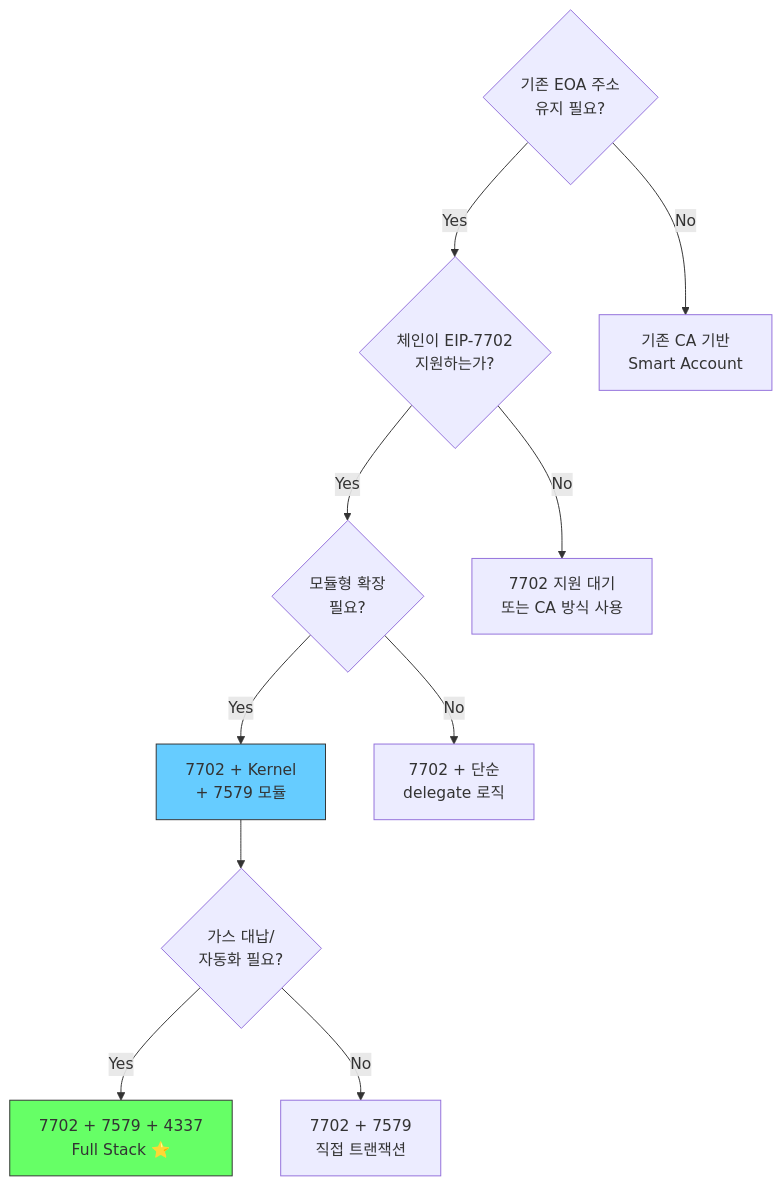
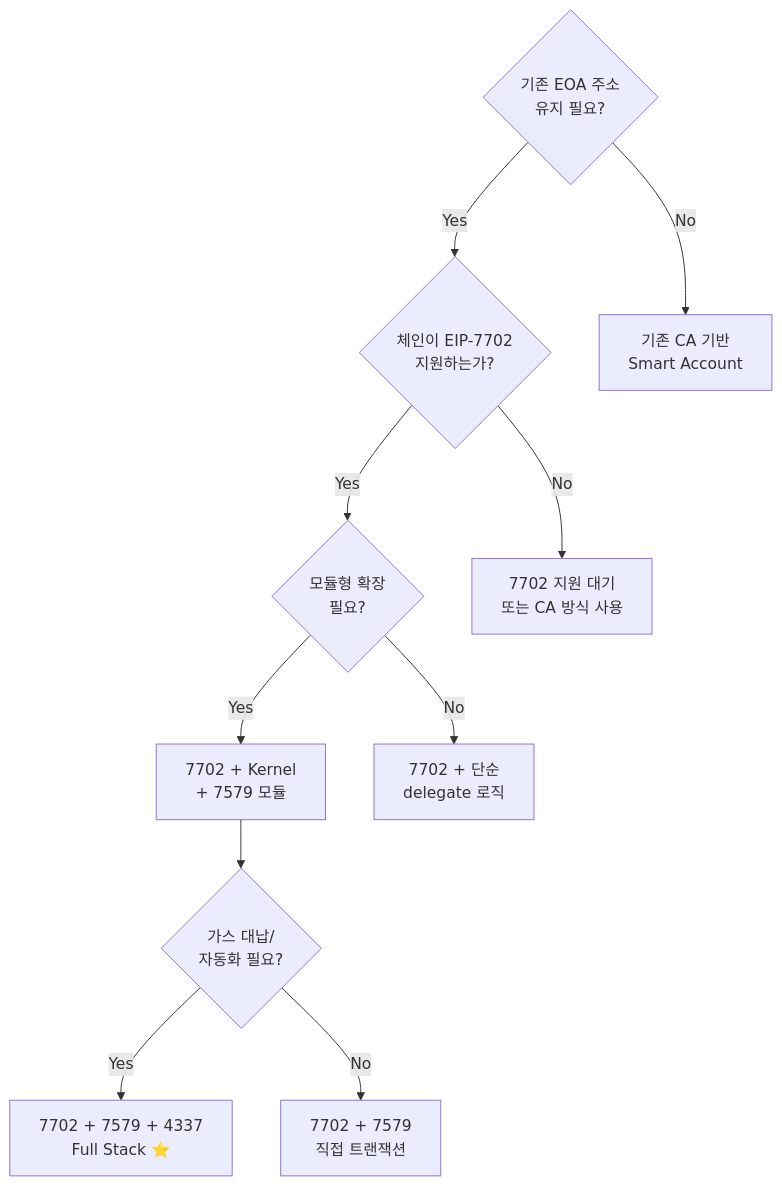
One commit to onlyhyde/stable-platform changed the seventh of 8 diagrams in docs/claude/00-overview.md. Above: the diagram before and after it, drawn with Mermaid. The commit also changed other lines of this file and 15 other files, not shown here.

````diff
--- a/docs/claude/00-overview.md
+++ b/docs/claude/00-overview.md
@@ -206,19 +203,17 @@
 ```mermaid
 flowchart TD
     Q1{기존 EOA 주소<br/>유지 필요?}
     Q1 -->|Yes| Q2{체인이 EIP-7702<br/>지원하는가?}
     Q1 -->|No| CA[기존 CA 기반<br/>Smart Account]
 
     Q2 -->|Yes| Q3{모듈형 확장<br/>필요?}
     Q2 -->|No| WAIT[7702 지원 대기<br/>또는 CA 방식 사용]
 
     Q3 -->|Yes| KERNEL["7702 + Kernel<br/>+ 7579 모듈"]
     Q3 -->|No| SIMPLE[7702 + 단순<br/>delegate 로직]
 
     KERNEL --> Q4{가스 대납/<br/>자동화 필요?}
     Q4 -->|Yes| FULL["7702 + 7579 + 4337<br/>Full Stack ⭐"]
     Q4 -->|No| DIRECT[7702 + 7579<br/>직접 트랜잭션]
 
-    style FULL fill:#6f6,stroke:#333
-    style KERNEL fill:#6cf,stroke:#333
 ```
````
